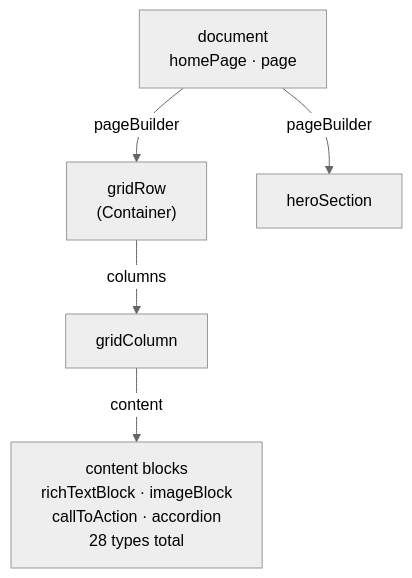
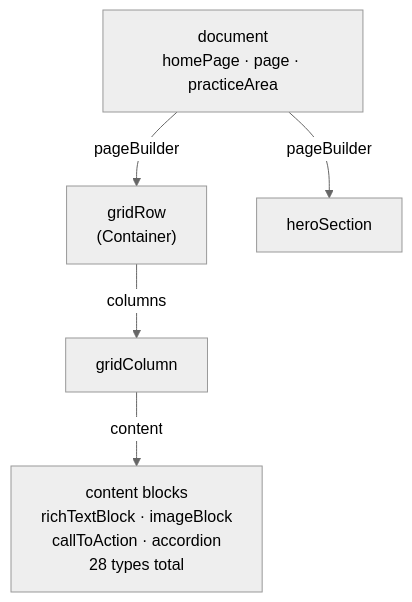
One commit to rjimenez-rrd/sanity-astro-template changed the second of 3 diagrams in ARCHITECTURE.md. Above: the diagram before and after it, drawn with Mermaid (neutral theme). The commit also changed other lines of this file and 17 other files, not shown here.

First line of the commit message:
refactor: replace blog post structure with practice area implementation

````diff
--- a/ARCHITECTURE.md
+++ b/ARCHITECTURE.md
@@ -55,7 +55,7 @@
 ```mermaid
 flowchart TD
-  DOC[document<br/>homePage · page] -->|pageBuilder| ROW["gridRow<br/>(Container)"]
+  DOC[document<br/>homePage · page · practiceArea] -->|pageBuilder| ROW["gridRow<br/>(Container)"]
   DOC -->|pageBuilder| HERO[heroSection]
   ROW -->|columns| COL[gridColumn]
   COL -->|content| BLK[content blocks<br/>richTextBlock · imageBlock<br/>callToAction · accordion<br/>28 types total]
 ```
````
